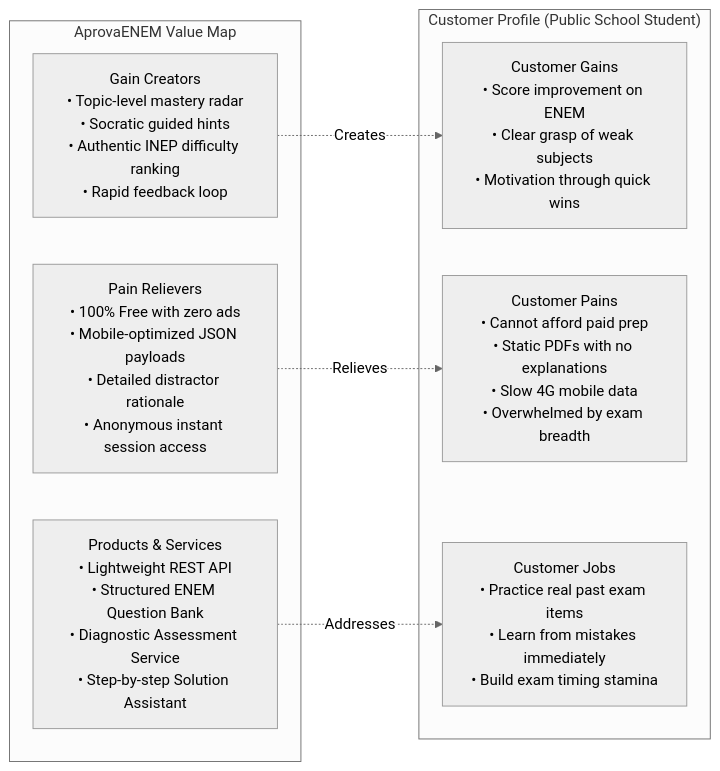
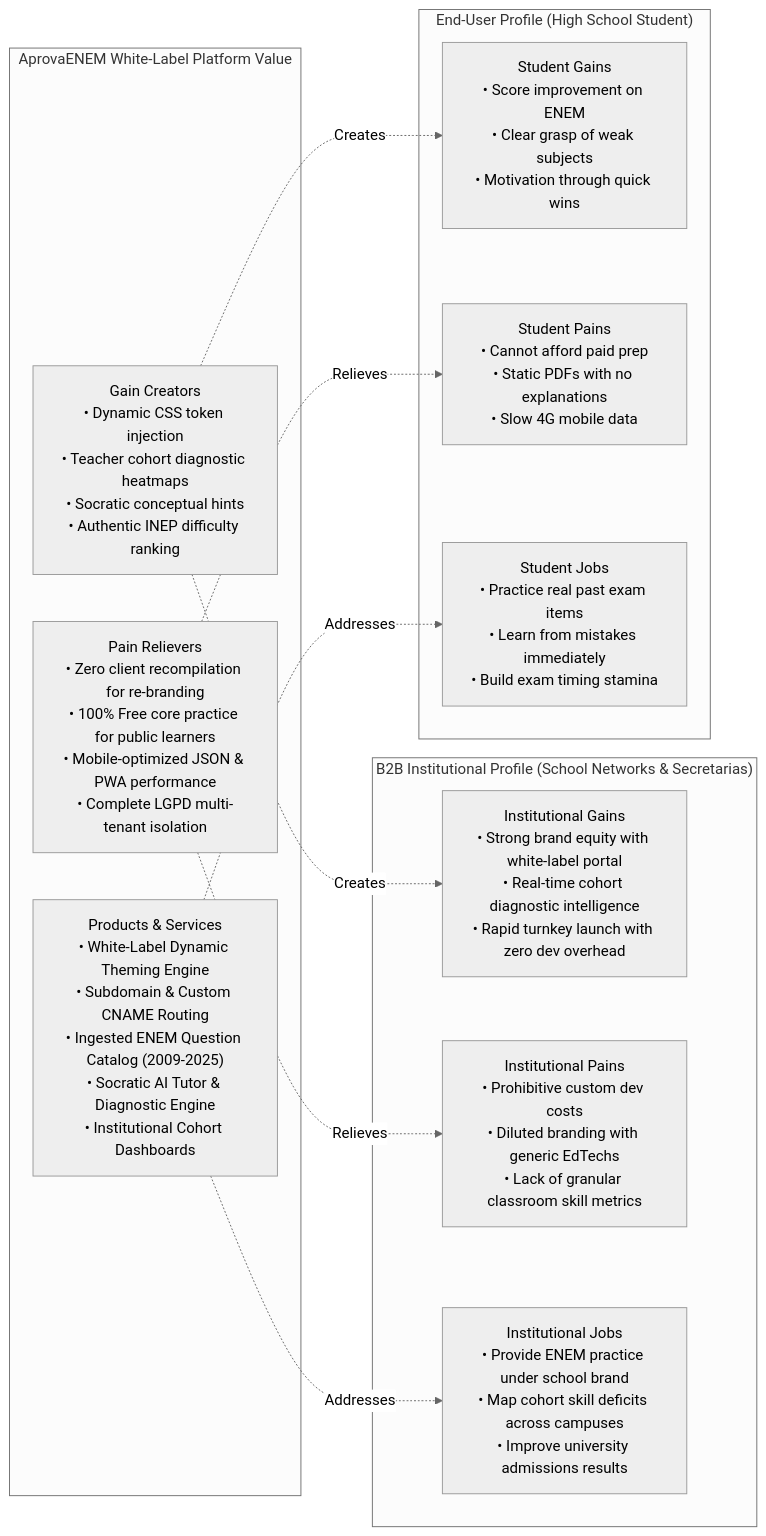
The second of 2 diagrams in docs/specifications/01-business-and-market-strategy.md (Veras-D/AprovaENEM), drawn with Mermaid (neutral theme) before and after one commit. The commit also changed other lines of this file and 7 other files, not shown here.

Commit message:
docs: update frontend specifications and strategy to white-label B2B architecture

````diff
--- a/docs/specifications/01-business-and-market-strategy.md
+++ b/docs/specifications/01-business-and-market-strategy.md
@@ -123,18 +153,24 @@
 ```mermaid
 flowchart LR
-    subgraph CustomerProfile ["Customer Profile (Public School Student)"]
-        Gains["Customer Gains<br/>• Score improvement on ENEM<br/>• Clear grasp of weak subjects<br/>• Motivation through quick wins"]
-        Pains["Customer Pains<br/>• Cannot afford paid prep<br/>• Static PDFs with no explanations<br/>• Slow 4G mobile data<br/>• Overwhelmed by exam breadth"]
-        Jobs["Customer Jobs<br/>• Practice real past exam items<br/>• Learn from mistakes immediately<br/>• Build exam timing stamina"]
+    subgraph B2BProfile ["B2B Institutional Profile (School Networks & Secretarias)"]
+        B2BGains["Institutional Gains<br/>• Strong brand equity with white-label portal<br/>• Real-time cohort diagnostic intelligence<br/>• Rapid turnkey launch with zero dev overhead"]
+        B2BPains["Institutional Pains<br/>• Prohibitive custom dev costs<br/>• Diluted branding with generic EdTechs<br/>• Lack of granular classroom skill metrics"]
+        B2BJobs["Institutional Jobs<br/>• Provide ENEM practice under school brand<br/>• Map cohort skill deficits across campuses<br/>• Improve university admissions results"]
     end
 
-    subgraph ValueMap ["AprovaENEM Value Map"]
-        Products["Products & Services<br/>• Lightweight REST API<br/>• Structured ENEM Question Bank<br/>• Diagnostic Assessment Service<br/>• Step-by-step Solution Assistant"]
-        PainRelievers["Pain Relievers<br/>• 100% Free with zero ads<br/>• Mobile-optimized JSON payloads<br/>• Detailed distractor rationale<br/>• Anonymous instant session access"]
-        GainCreators["Gain Creators<br/>• Topic-level mastery radar<br/>• Socratic guided hints<br/>• Authentic INEP difficulty ranking<br/>• Rapid feedback loop"]
+    subgraph EndUserProfile ["End-User Profile (High School Student)"]
+        Gains["Student Gains<br/>• Score improvement on ENEM<br/>• Clear grasp of weak subjects<br/>• Motivation through quick wins"]
+        Pains["Student Pains<br/>• Cannot afford paid prep<br/>• Static PDFs with no explanations<br/>• Slow 4G mobile data"]
+        Jobs["Student Jobs<br/>• Practice real past exam items<br/>• Learn from mistakes immediately<br/>• Build exam timing stamina"]
     end
 
-    PainRelievers -. Relieves .-> Pains
-    GainCreators -. Creates .-> Gains
-    Products -. Addresses .-> Jobs
+    subgraph PlatformValue ["AprovaENEM White-Label Platform Value"]
+        Products["Products & Services<br/>• White-Label Dynamic Theming Engine<br/>• Subdomain & Custom CNAME Routing<br/>• Ingested ENEM Question Catalog (2009-2025)<br/>• Socratic AI Tutor & Diagnostic Engine<br/>• Institutional Cohort Dashboards"]
+        PainRelievers["Pain Relievers<br/>• Zero client recompilation for re-branding<br/>• 100% Free core practice for public learners<br/>• Mobile-optimized JSON & PWA performance<br/>• Complete LGPD multi-tenant isolation"]
+        GainCreators["Gain Creators<br/>• Dynamic CSS token injection<br/>• Teacher cohort diagnostic heatmaps<br/>• Socratic conceptual hints<br/>• Authentic INEP difficulty ranking"]
+    end
+
+    PainRelievers -. Relieves .-> B2BPains & Pains
+    GainCreators -. Creates .-> B2BGains & Gains
+    Products -. Addresses .-> B2BJobs & Jobs
 ```
````
